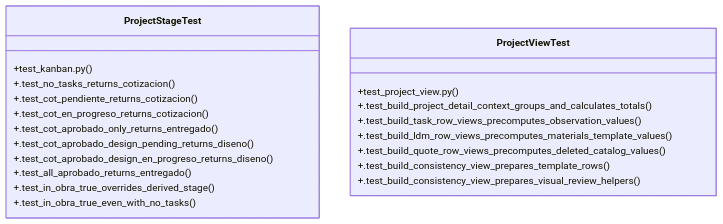
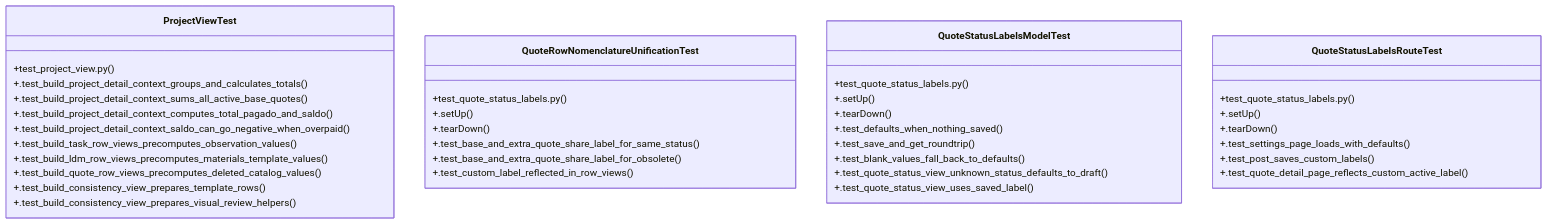
One commit to Daftrick/ProjectTracker changed the diagram in graphify-out/wiki/Community_10.md. Above: the diagram before and after it, drawn with Mermaid. The commit also changed other lines of this file and 413 other files, not shown here.

````diff
--- a/graphify-out/wiki/Community_10.md
+++ b/graphify-out/wiki/Community_10.md
@@ -36,24 +36,41 @@
 ```mermaid
 classDiagram
-    class ProjectStageTest {
-        +test_kanban.py()
-        +.test_no_tasks_returns_cotizacion()
-        +.test_cot_pendiente_returns_cotizacion()
-        +.test_cot_en_progreso_returns_cotizacion()
-        +.test_cot_aprobado_only_returns_entregado()
-        +.test_cot_aprobado_design_pending_returns_diseno()
-        +.test_cot_aprobado_design_en_progreso_returns_diseno()
-        +.test_all_aprobado_returns_entregado()
-        +.test_in_obra_true_overrides_derived_stage()
-        +.test_in_obra_true_even_with_no_tasks()
-    }
     class ProjectViewTest {
         +test_project_view.py()
         +.test_build_project_detail_context_groups_and_calculates_totals()
+        +.test_build_project_detail_context_sums_all_active_base_quotes()
+        +.test_build_project_detail_context_computes_total_pagado_and_saldo()
+        +.test_build_project_detail_context_saldo_can_go_negative_when_overpaid()
         +.test_build_task_row_views_precomputes_observation_values()
         +.test_build_ldm_row_views_precomputes_materials_template_values()
         +.test_build_quote_row_views_precomputes_deleted_catalog_values()
         +.test_build_consistency_view_prepares_template_rows()
         +.test_build_consistency_view_prepares_visual_review_helpers()
     }
+    class QuoteRowNomenclatureUnificationTest {
+        +test_quote_status_labels.py()
+        +.setUp()
+        +.tearDown()
+        +.test_base_and_extra_quote_share_label_for_same_status()
+        +.test_base_and_extra_quote_share_label_for_obsolete()
+        +.test_custom_label_reflected_in_row_views()
+    }
+    class QuoteStatusLabelsModelTest {
+        +test_quote_status_labels.py()
+        +.setUp()
+        +.tearDown()
+        +.test_defaults_when_nothing_saved()
+        +.test_save_and_get_roundtrip()
+        +.test_blank_values_fall_back_to_defaults()
+        +.test_quote_status_view_unknown_status_defaults_to_draft()
+        +.test_quote_status_view_uses_saved_label()
+    }
+    class QuoteStatusLabelsRouteTest {
+        +test_quote_status_labels.py()
+        +.setUp()
+        +.tearDown()
+        +.test_settings_page_loads_with_defaults()
+        +.test_post_saves_custom_labels()
+        +.test_quote_detail_page_reflects_custom_active_label()
+    }
 ```
````
